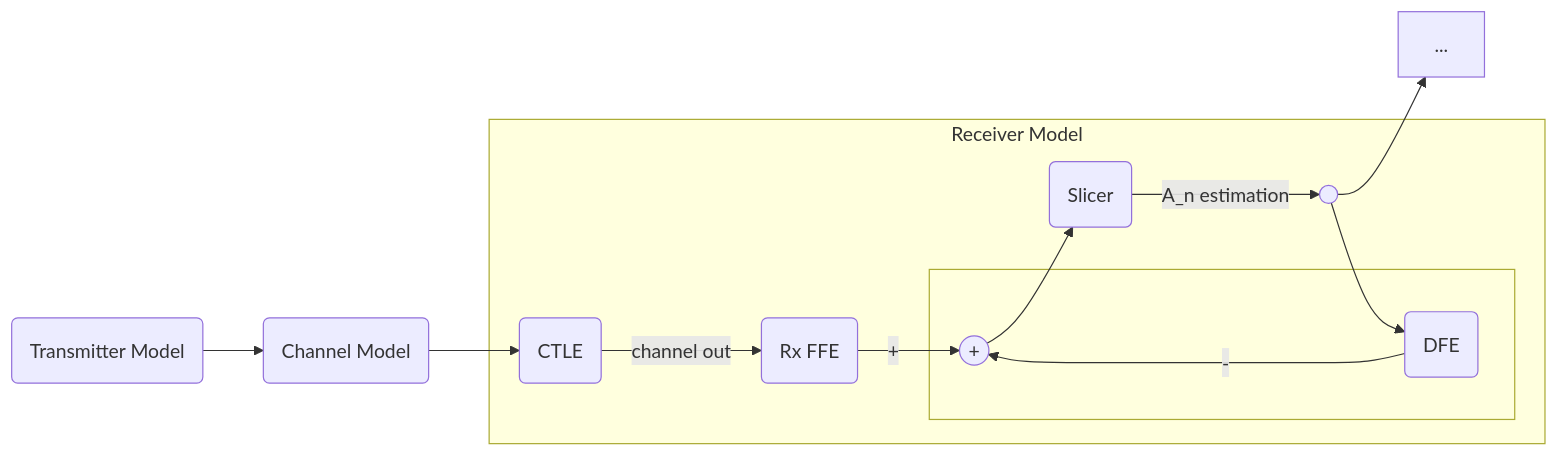
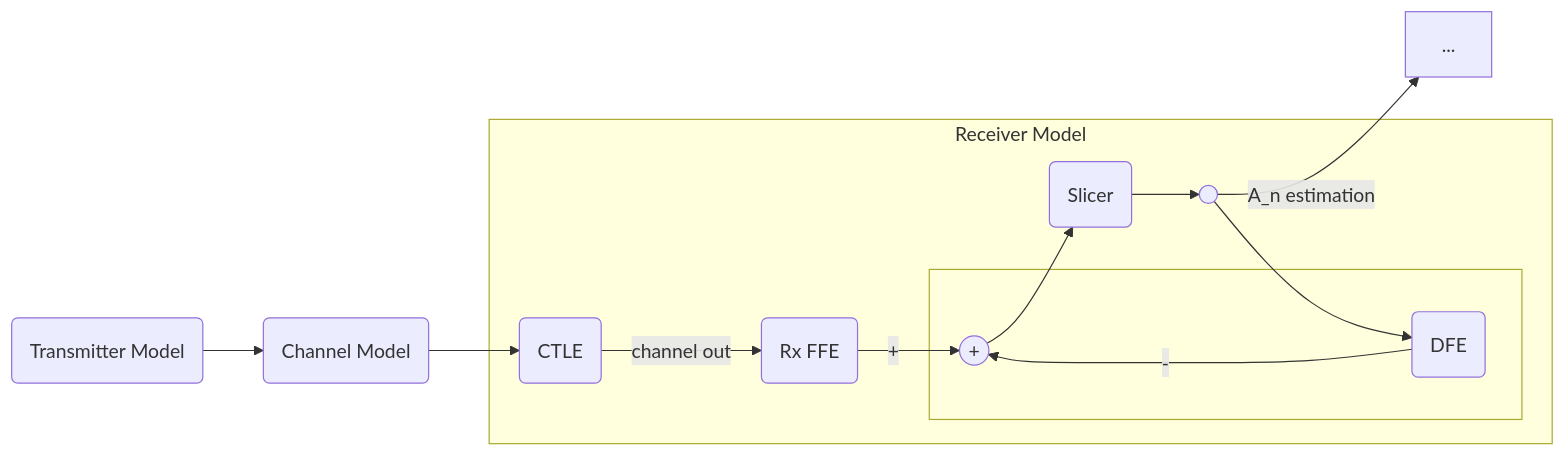
Before and after one commit to TomerGeva/CommDspy: the fourth of 4 diagrams in README.md, drawn with Mermaid.

Commit message:
minor README diagram fix

````diff
--- a/README.md
+++ b/README.md
@@ -225,20 +225,20 @@
 ```mermaid
 graph LR
   A(Transmitter Model) --> B(Channel Model)
   
   B --> C(CTLE)
   C -- channel out --> E(Rx FFE)
   E -->|+| PLUS((+))
   G -- - --> PLUS((+))
   PLUS --> F(Slicer)
+  F --> I((" "))
   I --> G(DFE)
-  F -- A_n estimation --> I((" "))
-  I --> ...
+  I -- A_n estimation --> ...
 
   subgraph Receiver Model
     C & E & PLUS & F & G & I
     subgraph Z[" "]
       PLUS & G
     end
   end
 ```
````
